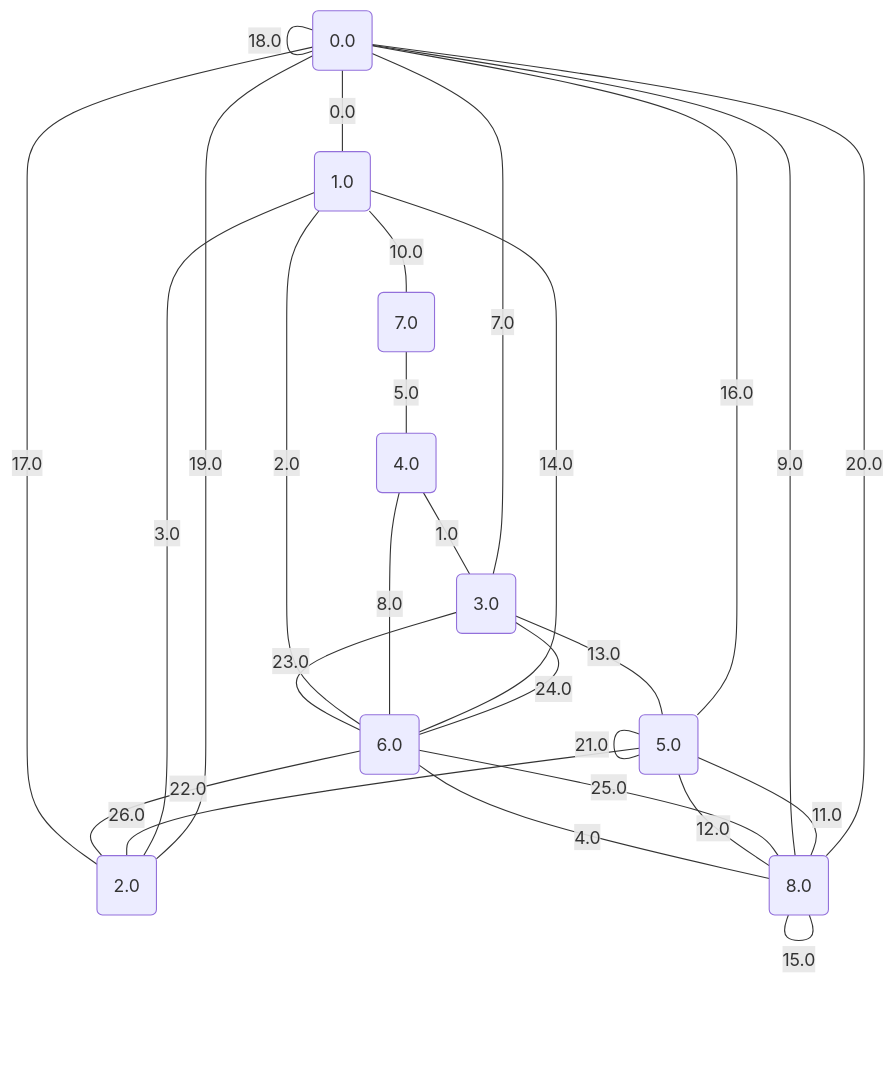
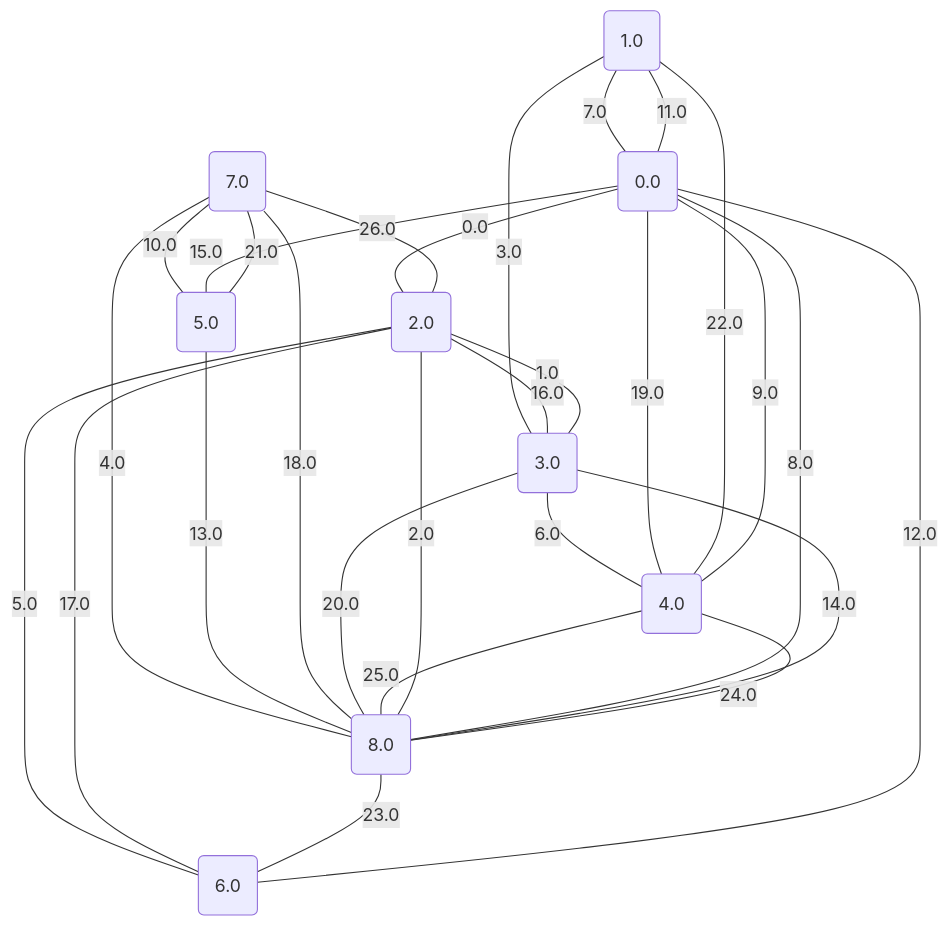
The diagram in project/src/testing/graphs/4.md (metury/graphs), drawn with Mermaid before and after one commit. The commit also changed 27 other files, not shown here.

````diff
--- a/project/src/testing/graphs/4.md
+++ b/project/src/testing/graphs/4.md
@@ -1,39 +1,39 @@
 ```mermaid
 graph TD;
 0("0.0");
 1("1.0");
 2("2.0");
 3("3.0");
 4("4.0");
 5("5.0");
 6("6.0");
 7("7.0");
 8("8.0");
-	0 -- "0.0" --- 1;
-	4 -- "1.0" --- 3;
-	6 -- "2.0" --- 1;
-	2 -- "3.0" --- 1;
-	6 -- "4.0" --- 8;
-	7 -- "5.0" --- 4;
-	5 -- "6.0" --- 5;
-	0 -- "7.0" --- 3;
-	6 -- "8.0" --- 4;
-	8 -- "9.0" --- 0;
-	1 -- "10.0" --- 7;
-	8 -- "11.0" --- 5;
-	5 -- "12.0" --- 8;
-	3 -- "13.0" --- 5;
-	6 -- "14.0" --- 1;
-	8 -- "15.0" --- 8;
-	5 -- "16.0" --- 0;
-	0 -- "17.0" --- 2;
-	0 -- "18.0" --- 0;
-	2 -- "19.0" --- 0;
-	8 -- "20.0" --- 0;
-	5 -- "21.0" --- 5;
-	6 -- "22.0" --- 2;
-	3 -- "23.0" --- 6;
-	6 -- "24.0" --- 3;
-	6 -- "25.0" --- 8;
-	5 -- "26.0" --- 2;
+	0 -- "0.0" --- 2;
+	3 -- "1.0" --- 2;
+	8 -- "2.0" --- 2;
+	1 -- "3.0" --- 3;
+	7 -- "4.0" --- 8;
+	2 -- "5.0" --- 6;
+	3 -- "6.0" --- 4;
+	1 -- "7.0" --- 0;
+	8 -- "8.0" --- 0;
+	4 -- "9.0" --- 0;
+	7 -- "10.0" --- 5;
+	1 -- "11.0" --- 0;
+	6 -- "12.0" --- 0;
+	5 -- "13.0" --- 8;
+	8 -- "14.0" --- 3;
+	0 -- "15.0" --- 5;
+	2 -- "16.0" --- 3;
+	2 -- "17.0" --- 6;
+	7 -- "18.0" --- 8;
+	0 -- "19.0" --- 4;
+	3 -- "20.0" --- 8;
+	7 -- "21.0" --- 5;
+	1 -- "22.0" --- 4;
+	8 -- "23.0" --- 6;
+	8 -- "24.0" --- 4;
+	4 -- "25.0" --- 8;
+	7 -- "26.0" --- 2;
 ```
````
